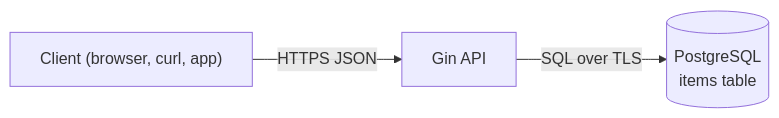
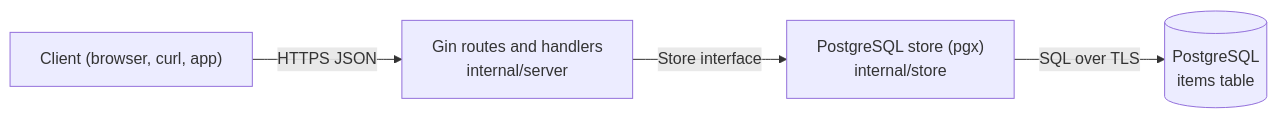
One commit to light-cloud-com/templates changed the diagram in starters/crud-api-gin/README.md. Above: the diagram before and after it, drawn with Mermaid. The commit also changed other lines of this file and 14 other files, not shown here.

First line of the commit message:
Gin CRUD REST API starter with PostgreSQL (pgx) for Go

````diff
--- a/starters/crud-api-gin/README.md
+++ b/starters/crud-api-gin/README.md
@@ -9,5 +9,6 @@
 ```mermaid
 flowchart LR
-    client["Client (browser, curl, app)"] -->|HTTPS JSON| api["Gin API"]
-    api -->|SQL over TLS| db[("PostgreSQL<br/>items table")]
+    client["Client (browser, curl, app)"] -->|HTTPS JSON| server["Gin routes and handlers<br/>internal/server"]
+    server -->|Store interface| store["PostgreSQL store (pgx)<br/>internal/store"]
+    store -->|SQL over TLS| db[("PostgreSQL<br/>items table")]
 ```
````
